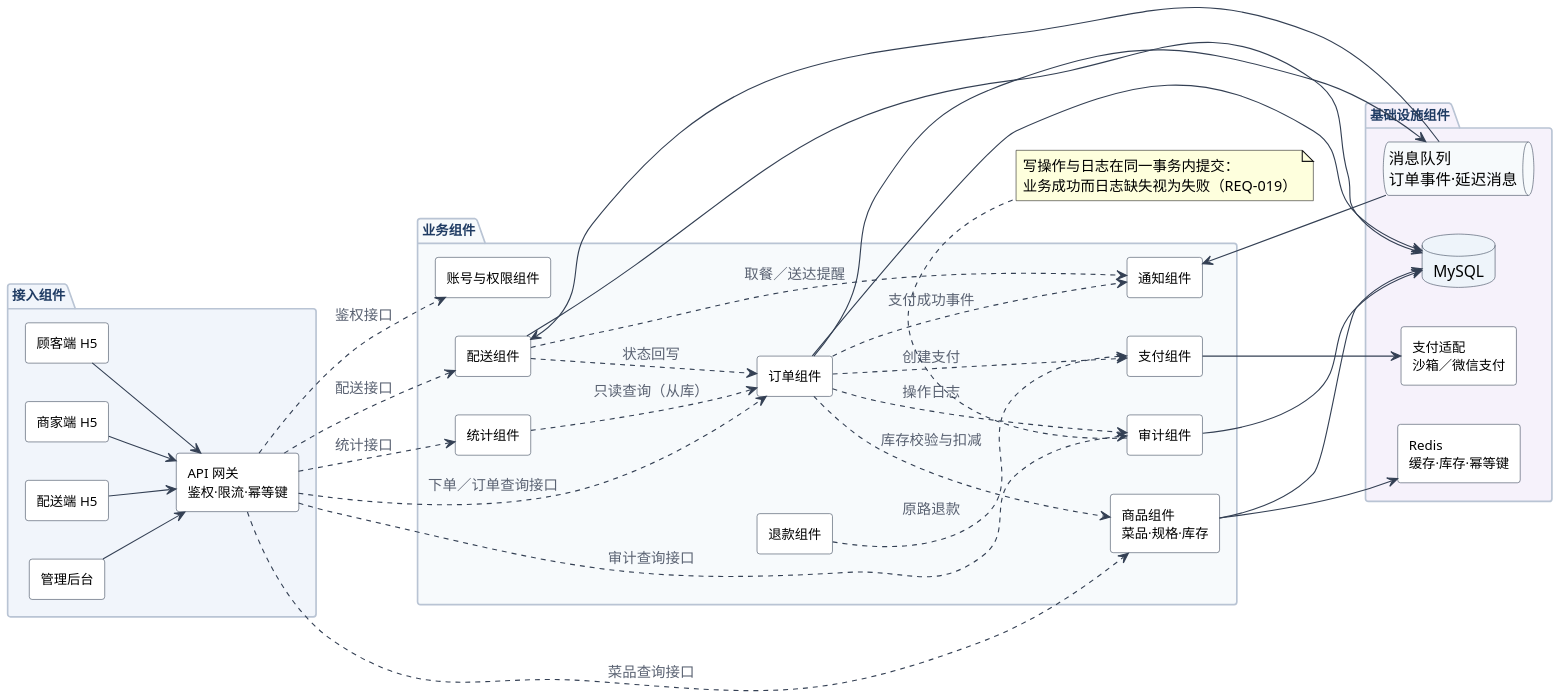
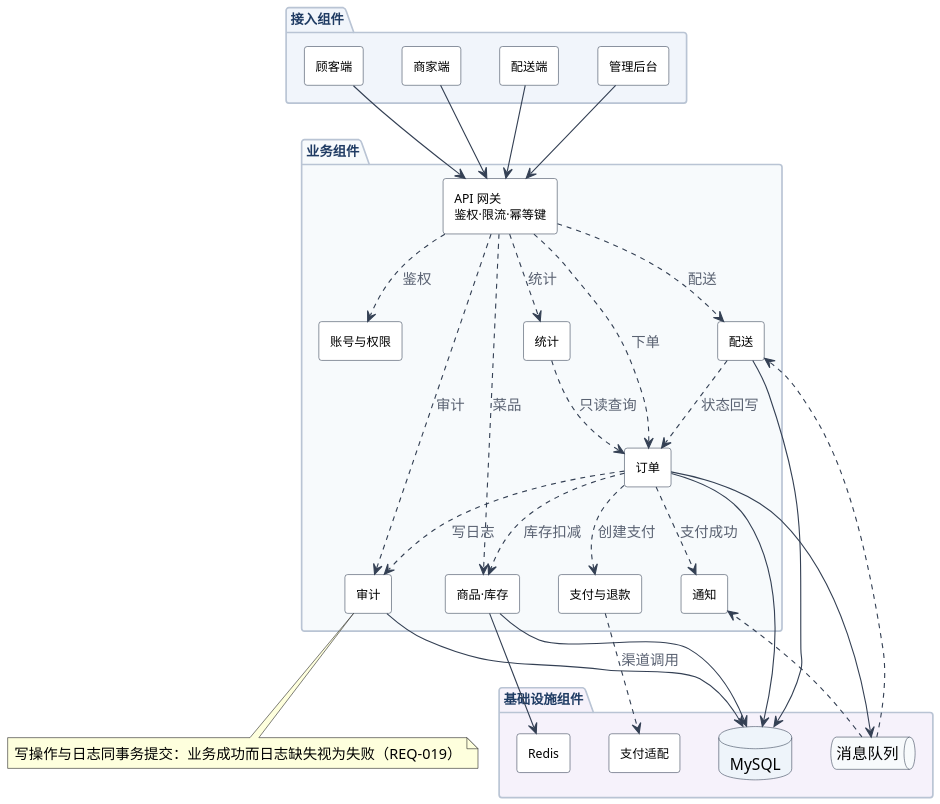
Before and after one commit to yui060814zwp-creator/SE-lab: the diagram in lab2/UML/UML组件图.puml, drawn with PlantUML. The commit also changed 21 other files, not shown here.

Commit message:
lab2: 按评审意见重画 UML，补足三类图（11 张，类图拆为交易域与账号商品域）

```diff
--- a/lab2/UML/UML组件图.puml
+++ b/lab2/UML/UML组件图.puml
@@ -1,91 +1,88 @@
 @startuml UML组件图
 skinparam defaultFontName "Microsoft YaHei"
 skinparam shadowing false
 skinparam componentStyle rectangle
 skinparam ArrowColor #344054
 skinparam ArrowFontColor #5A6272
 skinparam dpi 150
 skinparam component {
   BackgroundColor #FFFFFF
   BorderColor #344054
-  FontSize 12
+  FontSize 11
 }
 skinparam package {
   BackgroundColor #FBFCFE
   BorderColor #B9C4D4
   FontColor #1F3B63
   FontSize 12
 }
 skinparam database {
   BackgroundColor #EEF4FA
   BorderColor #344054
 }
 skinparam queue {
   BackgroundColor #F7FAFC
   BorderColor #344054
 }
-left to right direction
+hide stereotype
+top to bottom direction
 
 package "接入组件" #F1F5FB {
-  component "顾客端 H5" as CUS
-  component "商家端 H5" as MER
-  component "配送端 H5" as RID
+  component "顾客端" as CUS
+  component "商家端" as MER
+  component "配送端" as RID
   component "管理后台" as ADM
-  component "API 网关\n鉴权·限流·幂等键" as GW
 }
 
 package "业务组件" #F7FAFC {
-  component "账号与权限组件" as ACC
-  component "商品组件\n菜品·规格·库存" as CAT
-  component "订单组件" as ORD
-  component "支付组件" as PAY
-  component "退款组件" as REF
-  component "配送组件" as DSP
-  component "通知组件" as NTF
-  component "统计组件" as RPT
-  component "审计组件" as AUD
+  component "API 网关\n鉴权·限流·幂等键" as GW
+  component "账号与权限" as ACC
+  component "商品·库存" as CAT
+  component "订单" as ORD
+  component "支付与退款" as PAY
+  component "配送" as DSP
+  component "通知" as NTF
+  component "统计" as RPT
+  component "审计" as AUD
 }
 
 package "基础设施组件" #F6F2FB {
   database "MySQL" as DB
-  component "Redis\n缓存·库存·幂等键" as CACHE
-  queue "消息队列\n订单事件·延迟消息" as MQ
-  component "支付适配\n沙箱／微信支付" as CH
+  component "Redis" as CACHE
+  queue "消息队列" as MQ
+  component "支付适配" as CH
 }
 
 CUS --> GW
 MER --> GW
 RID --> GW
 ADM --> GW
 
-GW ..> ACC : 鉴权接口
-GW ..> CAT : 菜品查询接口
-GW ..> ORD : 下单／订单查询接口
-GW ..> DSP : 配送接口
-GW ..> RPT : 统计接口
-GW ..> AUD : 审计查询接口
+GW ..> ACC : 鉴权
+GW ..> CAT : 菜品
+GW ..> ORD : 下单
+GW ..> DSP : 配送
+GW ..> RPT : 统计
+GW ..> AUD : 审计
 
-ORD ..> CAT : 库存校验与扣减
+ORD ..> CAT : 库存扣减
 ORD ..> PAY : 创建支付
-ORD ..> NTF : 支付成功事件
-ORD ..> AUD : 操作日志
-REF ..> PAY : 原路退款
+ORD ..> NTF : 支付成功
+ORD ..> AUD : 写日志
+PAY ..> CH : 渠道调用
 DSP ..> ORD : 状态回写
-DSP ..> NTF : 取餐／送达提醒
-RPT ..> ORD : 只读查询（从库）
+RPT ..> ORD : 只读查询
 
 ORD --> DB
 CAT --> DB
 DSP --> DB
 AUD --> DB
 CAT --> CACHE
 ORD --> MQ
-MQ --> NTF
-MQ --> DSP
-PAY --> CH
+MQ ..> NTF
+MQ ..> DSP
 
 note bottom of AUD
-  写操作与日志在同一事务内提交：
-  业务成功而日志缺失视为失败（REQ-019）
+  写操作与日志同事务提交：业务成功而日志缺失视为失败（REQ-019）
 end note
 @enduml
```
